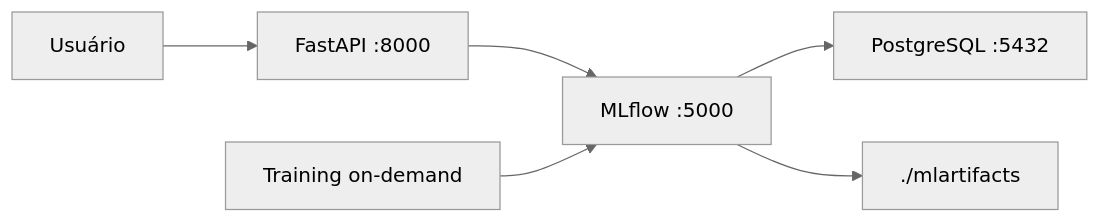
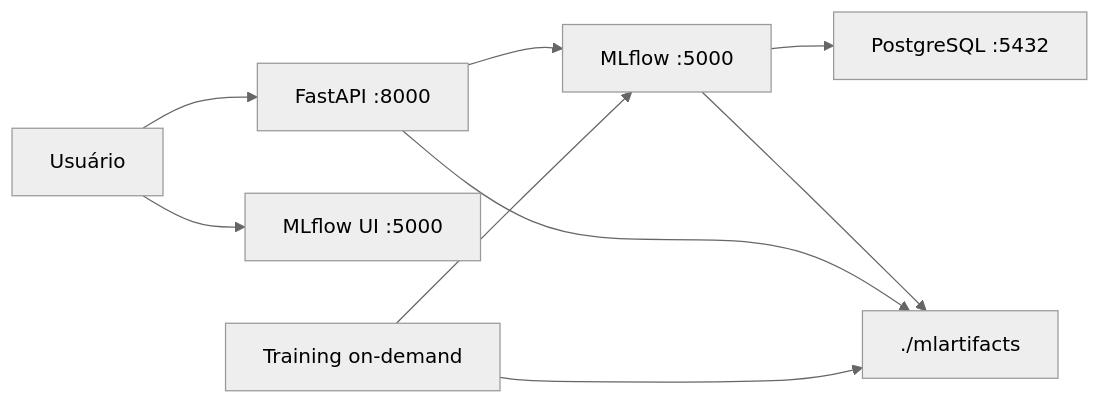
One commit to GusdPaula/MLENG_FIAP changed the first of 2 diagrams in fase_1/tech_challenge/docs/ARQUITETURA_DEPLOY.md. Above: the diagram before and after it, drawn with Mermaid (neutral theme). The commit also changed other lines of this file and 6 other files, not shown here.

````diff
--- a/fase_1/tech_challenge/docs/ARQUITETURA_DEPLOY.md
+++ b/fase_1/tech_challenge/docs/ARQUITETURA_DEPLOY.md
@@ -13,8 +24,11 @@
 ```mermaid
 flowchart LR
     USER["Usuário"] --> API["FastAPI :8000"]
+    USER --> MLFLOWUI["MLflow UI :5000"]
     API --> MLFLOW["MLflow :5000"]
     TRAIN["Training on-demand"] --> MLFLOW
     MLFLOW --> DB["PostgreSQL :5432"]
     MLFLOW --> ART["./mlartifacts"]
+    API --> ART
+    TRAIN --> ART
 ```
````
